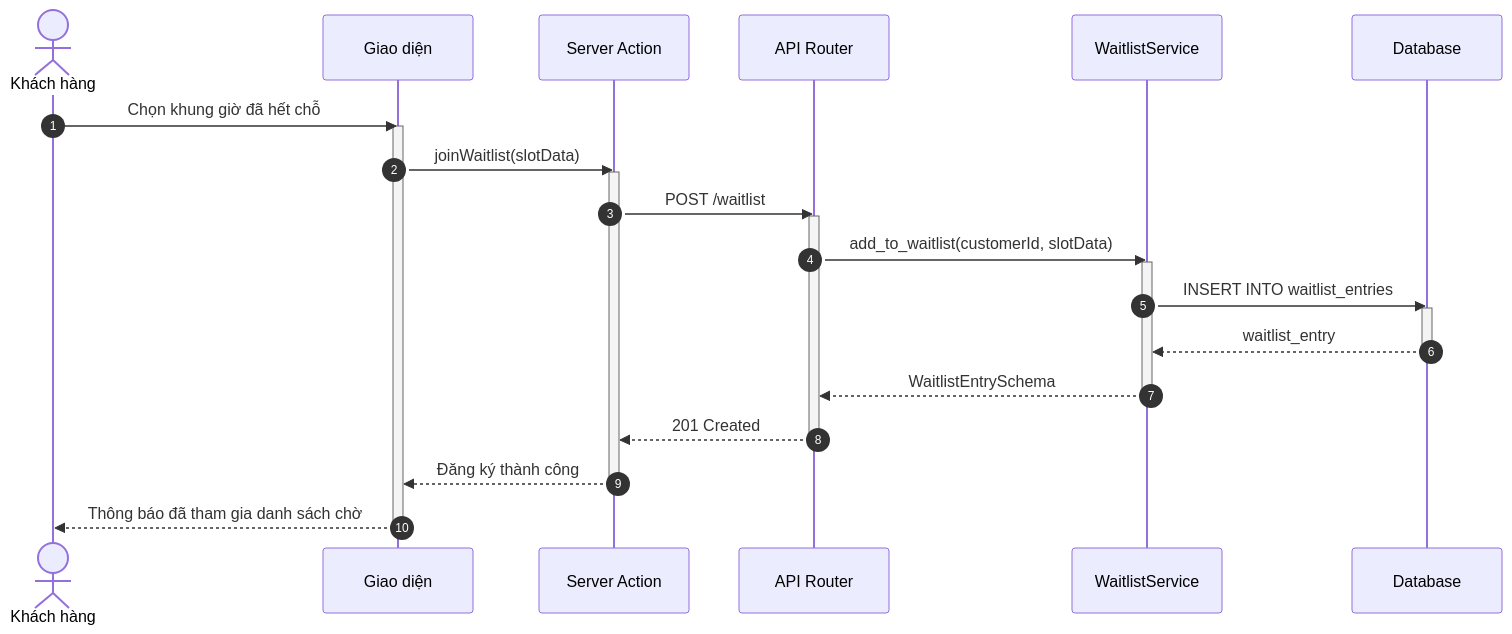
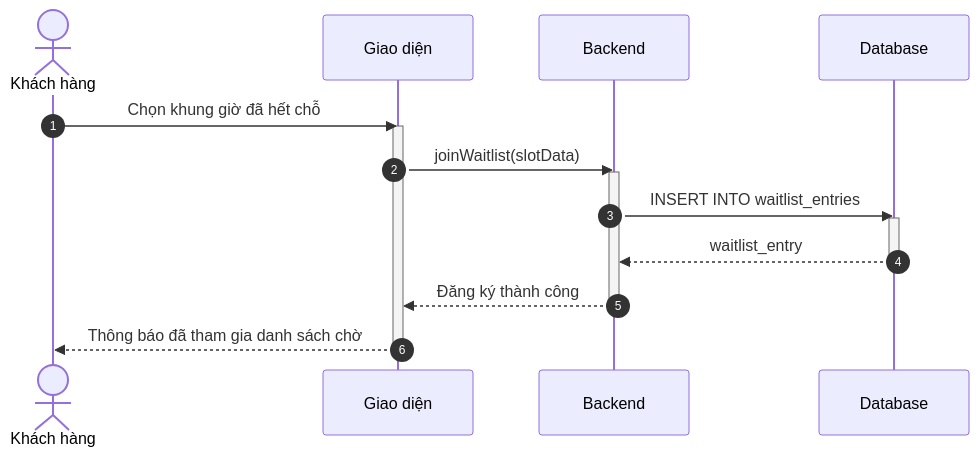
One commit to ngoctinn/Synapse changed the fifth of 10 diagrams in docs/design/sequences/customer_flows.md. Above: the diagram before and after it, drawn with Mermaid. The commit also changed other lines of this file and 7 other files, not shown here.

Commit message:
docs: Add initial design documentation for authentication, user flows, and algorithm specification.

````diff
--- a/docs/design/sequences/customer_flows.md
+++ b/docs/design/sequences/customer_flows.md
@@ -218,38 +162,24 @@
 ```mermaid
 sequenceDiagram
     autonumber
     actor KH as Khách hàng
     participant UI as Giao diện
-    participant BFF as Server Action
-    participant API as API Router
-    participant S as WaitlistService
+    participant BE as Backend
     participant DB as Database
 
     KH->>UI: Chọn khung giờ đã hết chỗ
     activate UI
-    UI->>BFF: joinWaitlist(slotData)
-    activate BFF
+    UI->>BE: joinWaitlist(slotData)
+    activate BE
 
-    BFF->>API: POST /waitlist
-    activate API
-
-    API->>S: add_to_waitlist(customerId, slotData)
-    activate S
-
-    S->>DB: INSERT INTO waitlist_entries
+    BE->>DB: INSERT INTO waitlist_entries
     activate DB
-    DB-->>S: waitlist_entry
+    DB-->>BE: waitlist_entry
     deactivate DB
 
-    S-->>API: WaitlistEntrySchema
-    deactivate S
-
-    API-->>BFF: 201 Created
-    deactivate API
-
-    BFF-->>UI: Đăng ký thành công
-    deactivate BFF
+    BE-->>UI: Đăng ký thành công
+    deactivate BE
 
     UI-->>KH: Thông báo đã tham gia danh sách chờ
     deactivate UI
 ```
````
